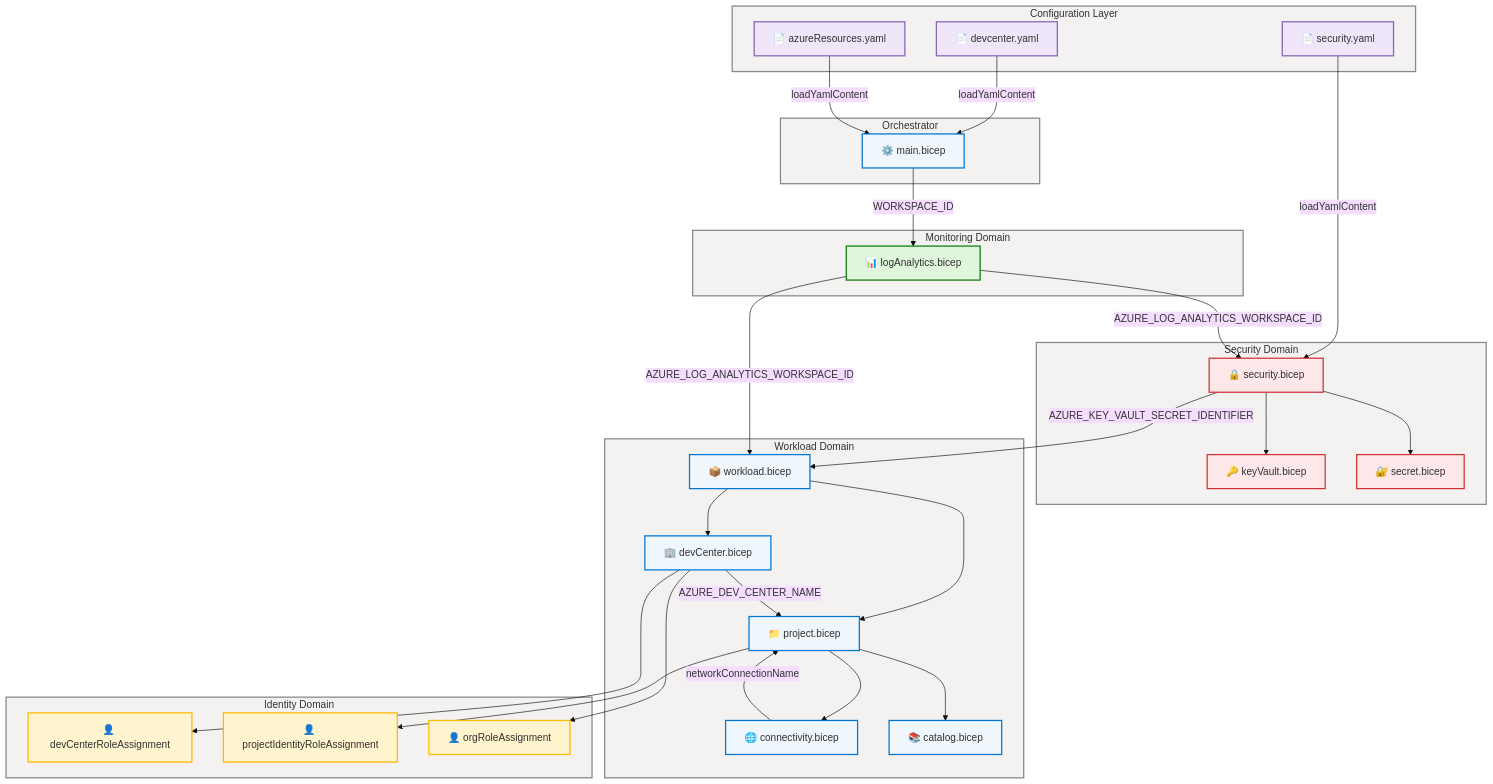
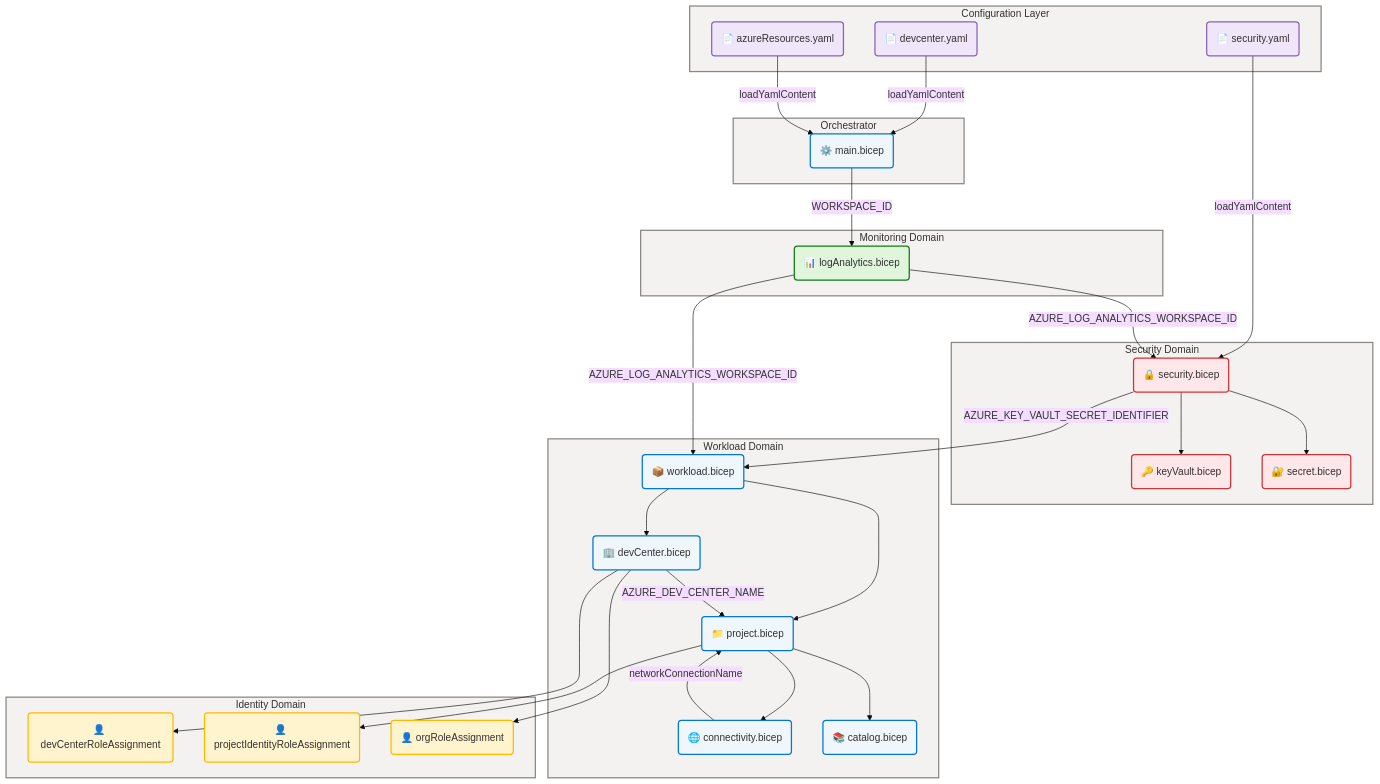
Diagram 13 of 14 in docs/architecture/data-architecture.md (Evilazaro/DevExp-DevBox), drawn with Mermaid before and after one commit. The commit also changed other lines of this file, not shown here.

Commit message:
feat: refactor class definitions in data architecture diagrams for consistency

````diff
--- a/docs/architecture/data-architecture.md
+++ b/docs/architecture/data-architecture.md
@@ -1409,50 +1409,43 @@
     %% PHASE 5 - STANDARD: Governance block present, classDefs centralized
     %% ═══════════════════════════════════════════════════════════════════════════
 
-    classDef core fill:#EFF6FC,stroke:#0078D4,stroke-width:2px,color:#323130
-    classDef data fill:#F0E6FA,stroke:#8764B8,stroke-width:2px,color:#323130
-    classDef success fill:#DFF6DD,stroke:#107C10,stroke-width:2px,color:#323130
-    classDef warning fill:#FFF4CE,stroke:#FFB900,stroke-width:2px,color:#323130
-    classDef danger fill:#FDE7E9,stroke:#D13438,stroke-width:2px,color:#323130
-    classDef external fill:#E0F7F7,stroke:#038387,stroke-width:2px,color:#323130
-
     subgraph ConfigLayer["Configuration Layer"]
-        DC["📄 devcenter.yaml"]:::data
-        SC["📄 security.yaml"]:::data
-        RC["📄 azureResources.yaml"]:::data
+        DC("📄 devcenter.yaml"):::data
+        SC("📄 security.yaml"):::data
+        RC("📄 azureResources.yaml"):::data
     end
     style ConfigLayer fill:#F3F2F1,stroke:#8A8886,stroke-width:2px,color:#323130
 
     subgraph Orchestrator["Orchestrator"]
-        MAIN["⚙️ main.bicep"]:::core
+        MAIN("⚙️ main.bicep"):::core
     end
     style Orchestrator fill:#F3F2F1,stroke:#8A8886,stroke-width:2px,color:#323130
 
     subgraph MonitoringDomain["Monitoring Domain"]
-        MON["📊 logAnalytics.bicep"]:::success
+        MON("📊 logAnalytics.bicep"):::success
     end
     style MonitoringDomain fill:#F3F2F1,stroke:#8A8886,stroke-width:2px,color:#323130
 
     subgraph SecurityDomain["Security Domain"]
-        SEC["🔒 security.bicep"]:::danger
-        KV["🔑 keyVault.bicep"]:::danger
-        SECRET["🔐 secret.bicep"]:::danger
+        SEC("🔒 security.bicep"):::danger
+        KV("🔑 keyVault.bicep"):::danger
+        SECRET("🔐 secret.bicep"):::danger
     end
     style SecurityDomain fill:#F3F2F1,stroke:#8A8886,stroke-width:2px,color:#323130
 
     subgraph WorkloadDomain["Workload Domain"]
-        WL["📦 workload.bicep"]:::core
-        DCC["🏢 devCenter.bicep"]:::core
-        PROJ["📁 project.bicep"]:::core
-        CONN["🌐 connectivity.bicep"]:::core
-        CAT["📚 catalog.bicep"]:::core
+        WL("📦 workload.bicep"):::core
+        DCC("🏢 devCenter.bicep"):::core
+        PROJ("📁 project.bicep"):::core
+        CONN("🌐 connectivity.bicep"):::core
+        CAT("📚 catalog.bicep"):::core
     end
     style WorkloadDomain fill:#F3F2F1,stroke:#8A8886,stroke-width:2px,color:#323130
 
     subgraph IdentityDomain["Identity Domain"]
-        DCRA["👤 devCenterRoleAssignment"]:::warning
-        PIRA["👤 projectIdentityRoleAssignment"]:::warning
-        ORGRA["👤 orgRoleAssignment"]:::warning
+        DCRA("👤 devCenterRoleAssignment"):::warning
+        PIRA("👤 projectIdentityRoleAssignment"):::warning
+        ORGRA("👤 orgRoleAssignment"):::warning
     end
     style IdentityDomain fill:#F3F2F1,stroke:#8A8886,stroke-width:2px,color:#323130
 
@@ -1477,4 +1470,10 @@
     DCC --> DCRA
     DCC --> ORGRA
     PROJ --> PIRA
+
+    classDef core fill:#EFF6FC,stroke:#0078D4,stroke-width:2px,color:#323130
+    classDef data fill:#F0E6FA,stroke:#8764B8,stroke-width:2px,color:#323130
+    classDef success fill:#DFF6DD,stroke:#107C10,stroke-width:2px,color:#323130
+    classDef warning fill:#FFF4CE,stroke:#FFB900,stroke-width:2px,color:#323130
+    classDef danger fill:#FDE7E9,stroke:#D13438,stroke-width:2px,color:#323130
 ```
````
